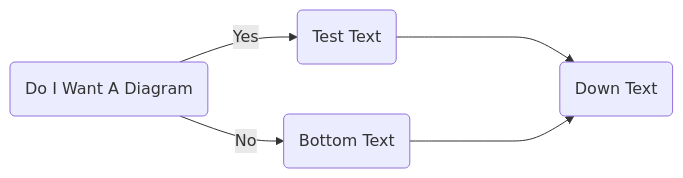
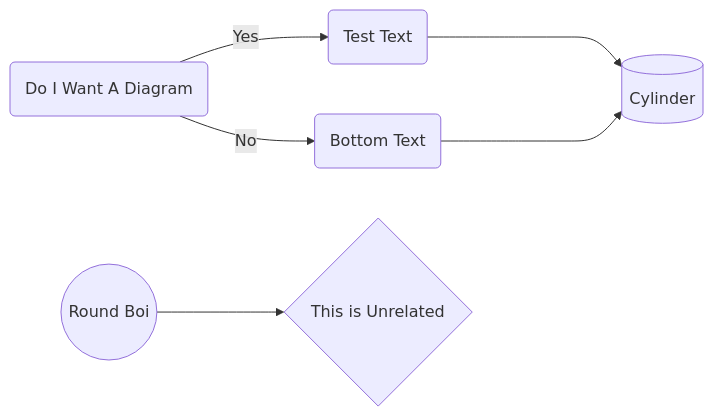
Before and after one commit to PanGalacticTech/ISOpower: the second of 2 diagrams in Documentation/diagram_with_mermaid.md, drawn with Mermaid.

````diff
--- a/Documentation/diagram_with_mermaid.md
+++ b/Documentation/diagram_with_mermaid.md
@@ -13,7 +13,8 @@
 ```mermaid
       graph LR
       A(Do I Want A Diagram)-- Yes -->B;
       A(Do I Want A Diagram)-- No -->C(Bottom Text);
-      B(Test Text)---->D(Down Text);
-      C(Bottom Text)---->D(Down Text);
+      B(Test Text)---->D(Cylinder);
+      C(Bottom Text)---->D[(Cylinder)];
+      E((Round Boi)) -->F{This is Unrelated}
 ```
````
